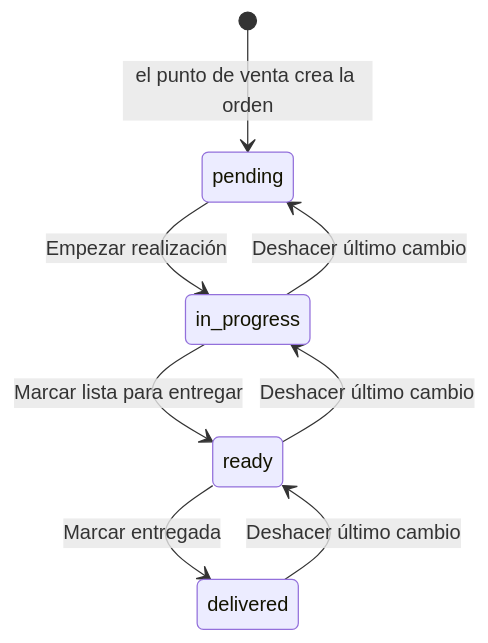
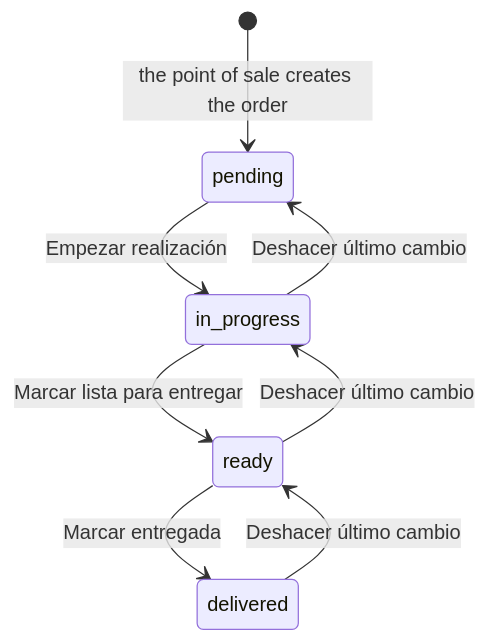
One commit to nickkmm/plates changed the diagram in docs/PRODUCTION.md. Above: the diagram before and after it, drawn with Mermaid. The commit also changed other lines of this file and 18 other files, not shown here.

````diff
--- a/docs/PRODUCTION.md
+++ b/docs/PRODUCTION.md
@@ -32,10 +32,10 @@
 ```mermaid
 stateDiagram-v2
-    [*] --> pending: el punto de venta crea la orden
+    [*] --> pending: the point of sale creates the order
     pending --> in_progress: Empezar realización
     in_progress --> ready: Marcar lista para entregar
     ready --> delivered: Marcar entregada
     delivered --> ready: Deshacer último cambio
     ready --> in_progress: Deshacer último cambio
     in_progress --> pending: Deshacer último cambio
 ```
````
